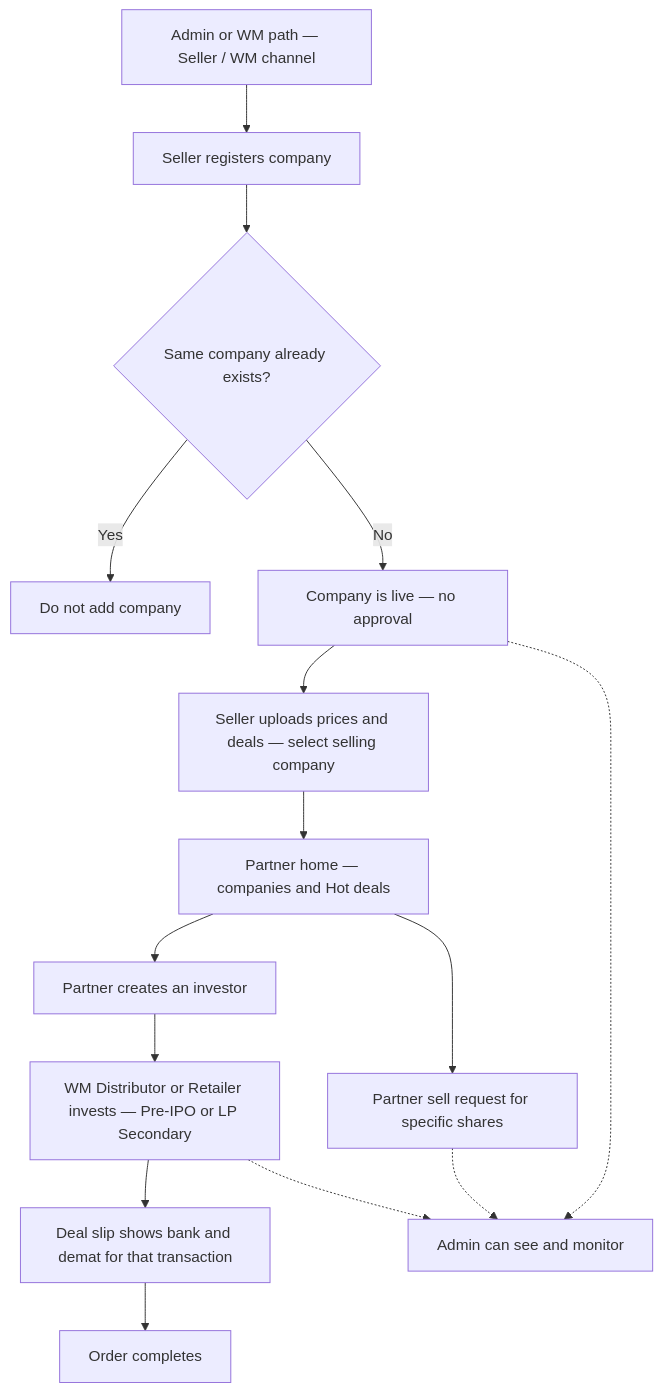
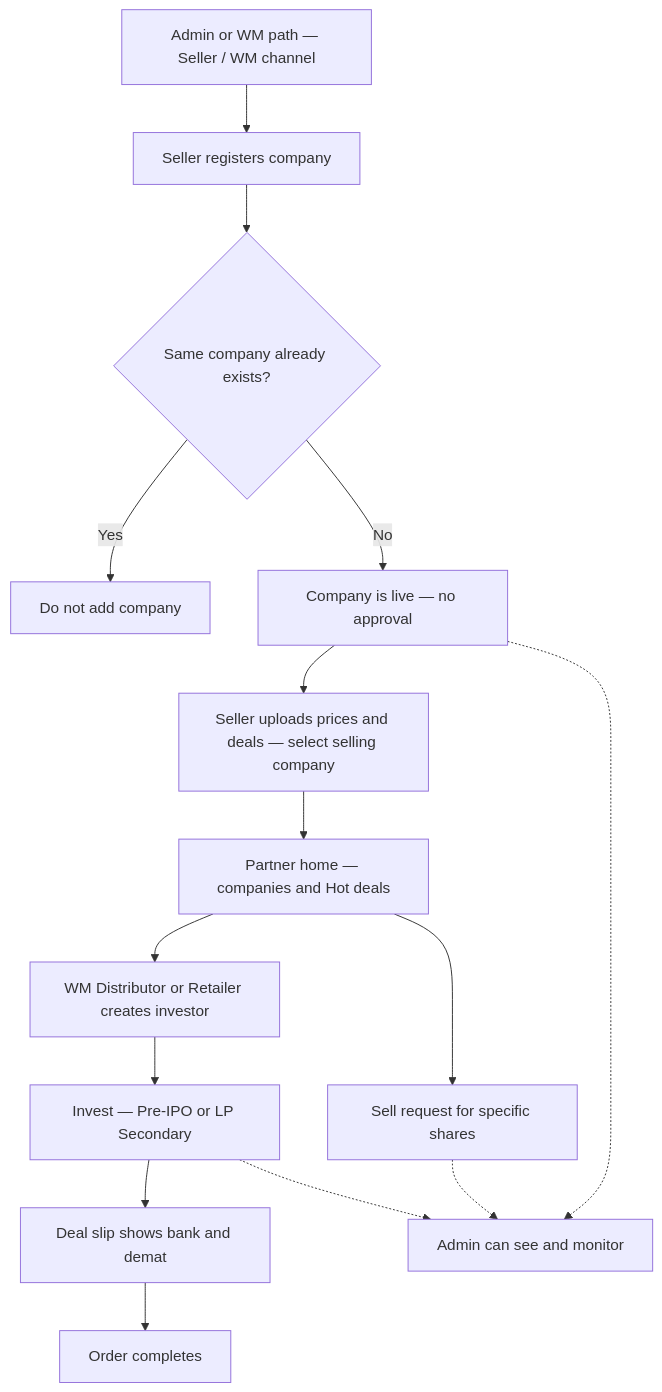
The diagram in docs/workflows/whole-project-flow.md (kavadevelopers/PrivateDealsBackend), drawn with Mermaid before and after one commit. The commit also changed other lines of this file and 3 other files, not shown here.

````diff
--- a/docs/workflows/whole-project-flow.md
+++ b/docs/workflows/whole-project-flow.md
@@ -16,18 +15,18 @@
 ```mermaid
 flowchart TD
-  A[Admin or WM path — Seller / WM channel] --> B[Seller registers company]
-  B --> Dup{Same company already exists?}
+  Setup[Admin or WM path — Seller / WM channel] --> Company[Seller registers company]
+  Company --> Dup{Same company already exists?}
   Dup -->|Yes| Stop[Do not add company]
   Dup -->|No| Live[Company is live — no approval]
-  Live --> D[Seller uploads prices and deals — select selling company]
-  D --> E[Partner home — companies and Hot deals]
-  E --> F[Partner creates an investor]
-  F --> G[WM Distributor or Retailer invests — Pre-IPO or LP Secondary]
-  G --> Slip[Deal slip shows bank and demat for that transaction]
-  Slip --> H[Order completes]
-  E --> I[Partner sell request for specific shares]
+  Live --> Commercial[Seller uploads prices and deals — select selling company]
+  Commercial --> Home[Partner home — companies and Hot deals]
+  Home --> Investor[WM Distributor or Retailer creates investor]
+  Investor --> Invest[Invest — Pre-IPO or LP Secondary]
+  Invest --> Slip[Deal slip shows bank and demat]
+  Slip --> Done[Order completes]
+  Home --> SellReq[Sell request for specific shares]
   AdminSee[Admin can see and monitor]
   Live -.-> AdminSee
-  G -.-> AdminSee
-  I -.-> AdminSee
+  Invest -.-> AdminSee
+  SellReq -.-> AdminSee
 ```
````
